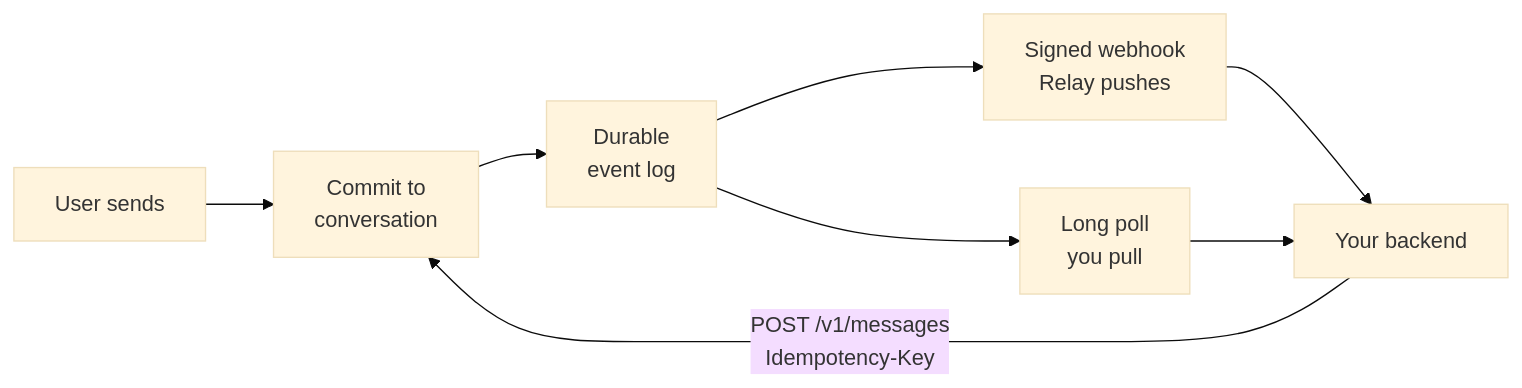
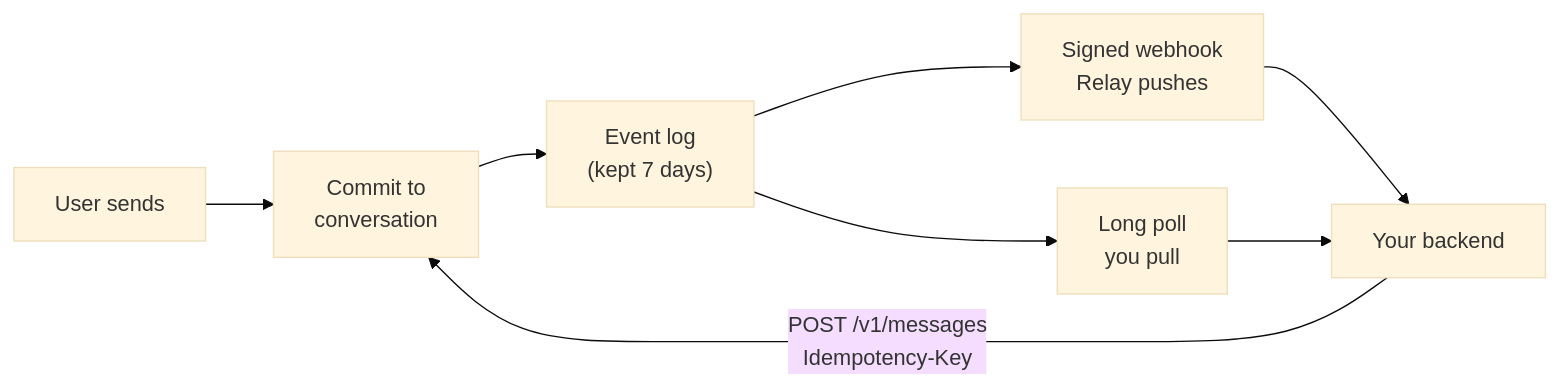
One commit to RelayMessenger/Relay-Docs changed the diagram in guides/delivery-model.mdx. Above: the diagram before and after it, drawn with Mermaid (base theme). The commit also changed other lines of this file and 47 other files, not shown here.

````diff
--- a/guides/delivery-model.mdx
+++ b/guides/delivery-model.mdx
@@ -21,10 +19,10 @@
 ```mermaid
 flowchart LR
   U["User sends"] --> C["Commit to<br/>conversation"]
-  C --> L["Durable<br/>event log"]
+  C --> L["Event log<br/>(kept 7 days)"]
   L --> W["Signed webhook<br/>Relay pushes"]
   L --> P["Long poll<br/>you pull"]
   W --> B["Your backend"]
   P --> B
   B -- "POST /v1/messages<br/>Idempotency-Key" --> C
 ```
````
